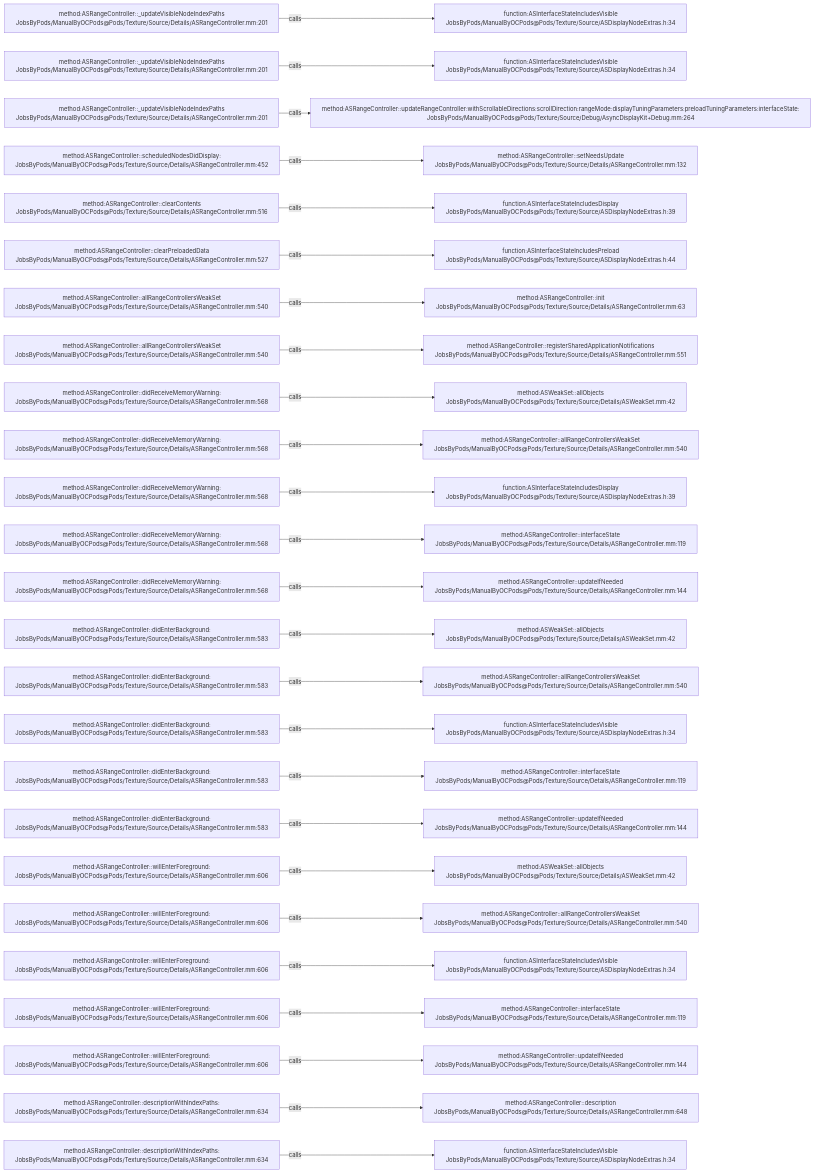
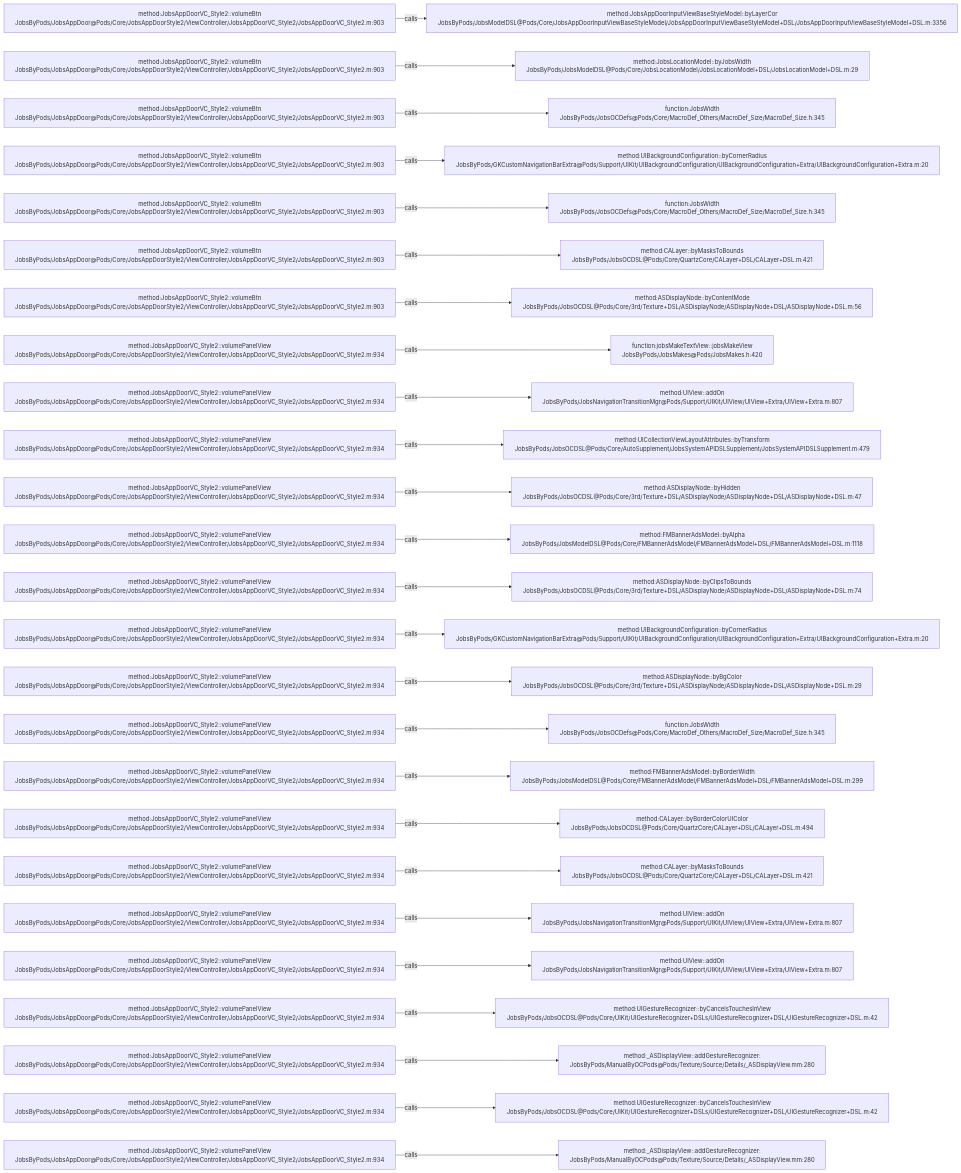
One commit to JobsKits/JobsOCBaseConfigDemo changed the diagram in .codegraph/codegraph.md/graphs/calls-148.md. Above: the diagram before and after it, drawn with Mermaid. The commit also changed 768 other files, not shown here.

````diff
--- a/.codegraph/codegraph.md/graphs/calls-148.md
+++ b/.codegraph/codegraph.md/graphs/calls-148.md
@@ -13,78 +13,78 @@
 ```mermaid
 flowchart LR
-  S1["method:ASRangeController::_updateVisibleNodeIndexPaths<br/>JobsByPods/ManualByOCPods@Pods/Texture/Source/Details/ASRangeController.mm:201"]
-  T1["function:ASInterfaceStateIncludesVisible<br/>JobsByPods/ManualByOCPods@Pods/Texture/Source/ASDisplayNodeExtras.h:34"]
+  S1["method:JobsAppDoorVC_Style2::volumeBtn<br/>JobsByPods/JobsAppDoor@Pods/Core/JobsAppDoorStyle2/ViewController/JobsAppDoorVC_Style2/JobsAppDoorVC_Style2.m:903"]
+  T1["method:JobsAppDoorInputViewBaseStyleModel::byLayerCor<br/>JobsByPods/JobsModelDSL@Pods/Core/JobsAppDoorInputViewBaseStyleModel/JobsAppDoorInputViewBaseStyleModel+DSL/JobsAppDoorInputViewBaseStyleModel+DSL.m:3356"]
   S1 -->|calls| T1
-  S2["method:ASRangeController::_updateVisibleNodeIndexPaths<br/>JobsByPods/ManualByOCPods@Pods/Texture/Source/Details/ASRangeController.mm:201"]
-  T2["function:ASInterfaceStateIncludesVisible<br/>JobsByPods/ManualByOCPods@Pods/Texture/Source/ASDisplayNodeExtras.h:34"]
+  S2["method:JobsAppDoorVC_Style2::volumeBtn<br/>JobsByPods/JobsAppDoor@Pods/Core/JobsAppDoorStyle2/ViewController/JobsAppDoorVC_Style2/JobsAppDoorVC_Style2.m:903"]
+  T2["method:JobsLocationModel::byJobsWidth<br/>JobsByPods/JobsModelDSL@Pods/Core/JobsLocationModel/JobsLocationModel+DSL/JobsLocationModel+DSL.m:29"]
   S2 -->|calls| T2
-  S3["method:ASRangeController::_updateVisibleNodeIndexPaths<br/>JobsByPods/ManualByOCPods@Pods/Texture/Source/Details/ASRangeController.mm:201"]
-  T3["method:ASRangeController::updateRangeController:withScrollableDirections:scrollDirection:rangeMode:displayTuningParameters:preloadTuningParameters:interfaceState:<br/>JobsByPods/ManualByOCPods@Pods/Texture/Source/Debug/AsyncDisplayKit+Debug.mm:264"]
+  S3["method:JobsAppDoorVC_Style2::volumeBtn<br/>JobsByPods/JobsAppDoor@Pods/Core/JobsAppDoorStyle2/ViewController/JobsAppDoorVC_Style2/JobsAppDoorVC_Style2.m:903"]
+  T3["function:JobsWidth<br/>JobsByPods/JobsOCDefs@Pods/Core/MacroDef_Others/MacroDef_Size/MacroDef_Size.h:345"]
   S3 -->|calls| T3
-  S4["method:ASRangeController::scheduledNodesDidDisplay:<br/>JobsByPods/ManualByOCPods@Pods/Texture/Source/Details/ASRangeController.mm:452"]
-  T4["method:ASRangeController::setNeedsUpdate<br/>JobsByPods/ManualByOCPods@Pods/Texture/Source/Details/ASRangeController.mm:132"]
+  S4["method:JobsAppDoorVC_Style2::volumeBtn<br/>JobsByPods/JobsAppDoor@Pods/Core/JobsAppDoorStyle2/ViewController/JobsAppDoorVC_Style2/JobsAppDoorVC_Style2.m:903"]
+  T4["method:UIBackgroundConfiguration::byCornerRadius<br/>JobsByPods/GKCustomNavigationBarExtra@Pods/Support/UIKit/UIBackgroundConfiguration/UIBackgroundConfiguration+Extra/UIBackgroundConfiguration+Extra.m:20"]
   S4 -->|calls| T4
-  S5["method:ASRangeController::clearContents<br/>JobsByPods/ManualByOCPods@Pods/Texture/Source/Details/ASRangeController.mm:516"]
-  T5["function:ASInterfaceStateIncludesDisplay<br/>JobsByPods/ManualByOCPods@Pods/Texture/Source/ASDisplayNodeExtras.h:39"]
+  S5["method:JobsAppDoorVC_Style2::volumeBtn<br/>JobsByPods/JobsAppDoor@Pods/Core/JobsAppDoorStyle2/ViewController/JobsAppDoorVC_Style2/JobsAppDoorVC_Style2.m:903"]
+  T5["function:JobsWidth<br/>JobsByPods/JobsOCDefs@Pods/Core/MacroDef_Others/MacroDef_Size/MacroDef_Size.h:345"]
   S5 -->|calls| T5
-  S6["method:ASRangeController::clearPreloadedData<br/>JobsByPods/ManualByOCPods@Pods/Texture/Source/Details/ASRangeController.mm:527"]
-  T6["function:ASInterfaceStateIncludesPreload<br/>JobsByPods/ManualByOCPods@Pods/Texture/Source/ASDisplayNodeExtras.h:44"]
+  S6["method:JobsAppDoorVC_Style2::volumeBtn<br/>JobsByPods/JobsAppDoor@Pods/Core/JobsAppDoorStyle2/ViewController/JobsAppDoorVC_Style2/JobsAppDoorVC_Style2.m:903"]
+  T6["method:CALayer::byMasksToBounds<br/>JobsByPods/JobsOCDSL@Pods/Core/QuartzCore/CALayer+DSL/CALayer+DSL.m:421"]
   S6 -->|calls| T6
-  S7["method:ASRangeController::allRangeControllersWeakSet<br/>JobsByPods/ManualByOCPods@Pods/Texture/Source/Details/ASRangeController.mm:540"]
-  T7["method:ASRangeController::init<br/>JobsByPods/ManualByOCPods@Pods/Texture/Source/Details/ASRangeController.mm:63"]
+  S7["method:JobsAppDoorVC_Style2::volumeBtn<br/>JobsByPods/JobsAppDoor@Pods/Core/JobsAppDoorStyle2/ViewController/JobsAppDoorVC_Style2/JobsAppDoorVC_Style2.m:903"]
+  T7["method:ASDisplayNode::byContentMode<br/>JobsByPods/JobsOCDSL@Pods/Core/3rd/Texture+DSL/ASDisplayNode/ASDisplayNode+DSL/ASDisplayNode+DSL.m:56"]
   S7 -->|calls| T7
-  S8["method:ASRangeController::allRangeControllersWeakSet<br/>JobsByPods/ManualByOCPods@Pods/Texture/Source/Details/ASRangeController.mm:540"]
-  T8["method:ASRangeController::registerSharedApplicationNotifications<br/>JobsByPods/ManualByOCPods@Pods/Texture/Source/Details/ASRangeController.mm:551"]
+  S8["method:JobsAppDoorVC_Style2::volumePanelView<br/>JobsByPods/JobsAppDoor@Pods/Core/JobsAppDoorStyle2/ViewController/JobsAppDoorVC_Style2/JobsAppDoorVC_Style2.m:934"]
+  T8["function:jobsMakeTextView::jobsMakeView<br/>JobsByPods/JobsMakes@Pods/JobsMakes.h:420"]
   S8 -->|calls| T8
-  S9["method:ASRangeController::didReceiveMemoryWarning:<br/>JobsByPods/ManualByOCPods@Pods/Texture/Source/Details/ASRangeController.mm:568"]
-  T9["method:ASWeakSet::allObjects<br/>JobsByPods/ManualByOCPods@Pods/Texture/Source/Details/ASWeakSet.mm:42"]
+  S9["method:JobsAppDoorVC_Style2::volumePanelView<br/>JobsByPods/JobsAppDoor@Pods/Core/JobsAppDoorStyle2/ViewController/JobsAppDoorVC_Style2/JobsAppDoorVC_Style2.m:934"]
+  T9["method:UIView::addOn<br/>JobsByPods/JobsNavigationTransitionMgr@Pods/Support/UIKit/UIView/UIView+Extra/UIView+Extra.m:807"]
   S9 -->|calls| T9
-  S10["method:ASRangeController::didReceiveMemoryWarning:<br/>JobsByPods/ManualByOCPods@Pods/Texture/Source/Details/ASRangeController.mm:568"]
-  T10["method:ASRangeController::allRangeControllersWeakSet<br/>JobsByPods/ManualByOCPods@Pods/Texture/Source/Details/ASRangeController.mm:540"]
+  S10["method:JobsAppDoorVC_Style2::volumePanelView<br/>JobsByPods/JobsAppDoor@Pods/Core/JobsAppDoorStyle2/ViewController/JobsAppDoorVC_Style2/JobsAppDoorVC_Style2.m:934"]
+  T10["method:UICollectionViewLayoutAttributes::byTransform<br/>JobsByPods/JobsOCDSL@Pods/Core/AutoSupplement/JobsSystemAPIDSLSupplement/JobsSystemAPIDSLSupplement.m:479"]
   S10 -->|calls| T10
-  S11["method:ASRangeController::didReceiveMemoryWarning:<br/>JobsByPods/ManualByOCPods@Pods/Texture/Source/Details/ASRangeController.mm:568"]
-  T11["function:ASInterfaceStateIncludesDisplay<br/>JobsByPods/ManualByOCPods@Pods/Texture/Source/ASDisplayNodeExtras.h:39"]
+  S11["method:JobsAppDoorVC_Style2::volumePanelView<br/>JobsByPods/JobsAppDoor@Pods/Core/JobsAppDoorStyle2/ViewController/JobsAppDoorVC_Style2/JobsAppDoorVC_Style2.m:934"]
+  T11["method:ASDisplayNode::byHidden<br/>JobsByPods/JobsOCDSL@Pods/Core/3rd/Texture+DSL/ASDisplayNode/ASDisplayNode+DSL/ASDisplayNode+DSL.m:47"]
   S11 -->|calls| T11
-  S12["method:ASRangeController::didReceiveMemoryWarning:<br/>JobsByPods/ManualByOCPods@Pods/Texture/Source/Details/ASRangeController.mm:568"]
-  T12["method:ASRangeController::interfaceState<br/>JobsByPods/ManualByOCPods@Pods/Texture/Source/Details/ASRangeController.mm:119"]
+  S12["method:JobsAppDoorVC_Style2::volumePanelView<br/>JobsByPods/JobsAppDoor@Pods/Core/JobsAppDoorStyle2/ViewController/JobsAppDoorVC_Style2/JobsAppDoorVC_Style2.m:934"]
+  T12["method:FMBannerAdsModel::byAlpha<br/>JobsByPods/JobsModelDSL@Pods/Core/FMBannerAdsModel/FMBannerAdsModel+DSL/FMBannerAdsModel+DSL.m:1118"]
   S12 -->|calls| T12
-  S13["method:ASRangeController::didReceiveMemoryWarning:<br/>JobsByPods/ManualByOCPods@Pods/Texture/Source/Details/ASRangeController.mm:568"]
-  T13["method:ASRangeController::updateIfNeeded<br/>JobsByPods/ManualByOCPods@Pods/Texture/Source/Details/ASRangeController.mm:144"]
+  S13["method:JobsAppDoorVC_Style2::volumePanelView<br/>JobsByPods/JobsAppDoor@Pods/Core/JobsAppDoorStyle2/ViewController/JobsAppDoorVC_Style2/JobsAppDoorVC_Style2.m:934"]
+  T13["method:ASDisplayNode::byClipsToBounds<br/>JobsByPods/JobsOCDSL@Pods/Core/3rd/Texture+DSL/ASDisplayNode/ASDisplayNode+DSL/ASDisplayNode+DSL.m:74"]
   S13 -->|calls| T13
-  S14["method:ASRangeController::didEnterBackground:<br/>JobsByPods/ManualByOCPods@Pods/Texture/Source/Details/ASRangeController.mm:583"]
-  T14["method:ASWeakSet::allObjects<br/>JobsByPods/ManualByOCPods@Pods/Texture/Source/Details/ASWeakSet.mm:42"]
+  S14["method:JobsAppDoorVC_Style2::volumePanelView<br/>JobsByPods/JobsAppDoor@Pods/Core/JobsAppDoorStyle2/ViewController/JobsAppDoorVC_Style2/JobsAppDoorVC_Style2.m:934"]
+  T14["method:UIBackgroundConfiguration::byCornerRadius<br/>JobsByPods/GKCustomNavigationBarExtra@Pods/Support/UIKit/UIBackgroundConfiguration/UIBackgroundConfiguration+Extra/UIBackgroundConfiguration+Extra.m:20"]
   S14 -->|calls| T14
-  S15["method:ASRangeController::didEnterBackground:<br/>JobsByPods/ManualByOCPods@Pods/Texture/Source/Details/ASRangeController.mm:583"]
-  T15["method:ASRangeController::allRangeControllersWeakSet<br/>JobsByPods/ManualByOCPods@Pods/Texture/Source/Details/ASRangeController.mm:540"]
+  S15["method:JobsAppDoorVC_Style2::volumePanelView<br/>JobsByPods/JobsAppDoor@Pods/Core/JobsAppDoorStyle2/ViewController/JobsAppDoorVC_Style2/JobsAppDoorVC_Style2.m:934"]
+  T15["method:ASDisplayNode::byBgColor<br/>JobsByPods/JobsOCDSL@Pods/Core/3rd/Texture+DSL/ASDisplayNode/ASDisplayNode+DSL/ASDisplayNode+DSL.m:29"]
   S15 -->|calls| T15
-  S16["method:ASRangeController::didEnterBackground:<br/>JobsByPods/ManualByOCPods@Pods/Texture/Source/Details/ASRangeController.mm:583"]
-  T16["function:ASInterfaceStateIncludesVisible<br/>JobsByPods/ManualByOCPods@Pods/Texture/Source/ASDisplayNodeExtras.h:34"]
+  S16["method:JobsAppDoorVC_Style2::volumePanelView<br/>JobsByPods/JobsAppDoor@Pods/Core/JobsAppDoorStyle2/ViewController/JobsAppDoorVC_Style2/JobsAppDoorVC_Style2.m:934"]
+  T16["function:JobsWidth<br/>JobsByPods/JobsOCDefs@Pods/Core/MacroDef_Others/MacroDef_Size/MacroDef_Size.h:345"]
   S16 -->|calls| T16
-  S17["method:ASRangeController::didEnterBackground:<br/>JobsByPods/ManualByOCPods@Pods/Texture/Source/Details/ASRangeController.mm:583"]
-  T17["method:ASRangeController::interfaceState<br/>JobsByPods/ManualByOCPods@Pods/Texture/Source/Details/ASRangeController.mm:119"]
+  S17["method:JobsAppDoorVC_Style2::volumePanelView<br/>JobsByPods/JobsAppDoor@Pods/Core/JobsAppDoorStyle2/ViewController/JobsAppDoorVC_Style2/JobsAppDoorVC_Style2.m:934"]
+  T17["method:FMBannerAdsModel::byBorderWidth<br/>JobsByPods/JobsModelDSL@Pods/Core/FMBannerAdsModel/FMBannerAdsModel+DSL/FMBannerAdsModel+DSL.m:299"]
   S17 -->|calls| T17
-  S18["method:ASRangeController::didEnterBackground:<br/>JobsByPods/ManualByOCPods@Pods/Texture/Source/Details/ASRangeController.mm:583"]
-  T18["method:ASRangeController::updateIfNeeded<br/>JobsByPods/ManualByOCPods@Pods/Texture/Source/Details/ASRangeController.mm:144"]
+  S18["method:JobsAppDoorVC_Style2::volumePanelView<br/>JobsByPods/JobsAppDoor@Pods/Core/JobsAppDoorStyle2/ViewController/JobsAppDoorVC_Style2/JobsAppDoorVC_Style2.m:934"]
+  T18["method:CALayer::byBorderColorUIColor<br/>JobsByPods/JobsOCDSL@Pods/Core/QuartzCore/CALayer+DSL/CALayer+DSL.m:494"]
   S18 -->|calls| T18
-  S19["method:ASRangeController::willEnterForeground:<br/>JobsByPods/ManualByOCPods@Pods/Texture/Source/Details/ASRangeController.mm:606"]
-  T19["method:ASWeakSet::allObjects<br/>JobsByPods/ManualByOCPods@Pods/Texture/Source/Details/ASWeakSet.mm:42"]
+  S19["method:JobsAppDoorVC_Style2::volumePanelView<br/>JobsByPods/JobsAppDoor@Pods/Core/JobsAppDoorStyle2/ViewController/JobsAppDoorVC_Style2/JobsAppDoorVC_Style2.m:934"]
+  T19["method:CALayer::byMasksToBounds<br/>JobsByPods/JobsOCDSL@Pods/Core/QuartzCore/CALayer+DSL/CALayer+DSL.m:421"]
   S19 -->|calls| T19
-  S20["method:ASRangeController::willEnterForeground:<br/>JobsByPods/ManualByOCPods@Pods/Texture/Source/Details/ASRangeController.mm:606"]
-  T20["method:ASRangeController::allRangeControllersWeakSet<br/>JobsByPods/ManualByOCPods@Pods/Texture/Source/Details/ASRangeController.mm:540"]
+  S20["method:JobsAppDoorVC_Style2::volumePanelView<br/>JobsByPods/JobsAppDoor@Pods/Core/JobsAppDoorStyle2/ViewController/JobsAppDoorVC_Style2/JobsAppDoorVC_Style2.m:934"]
+  T20["method:UIView::addOn<br/>JobsByPods/JobsNavigationTransitionMgr@Pods/Support/UIKit/UIView/UIView+Extra/UIView+Extra.m:807"]
   S20 -->|calls| T20
-  S21["method:ASRangeController::willEnterForeground:<br/>JobsByPods/ManualByOCPods@Pods/Texture/Source/Details/ASRangeController.mm:606"]
-  T21["function:ASInterfaceStateIncludesVisible<br/>JobsByPods/ManualByOCPods@Pods/Texture/Source/ASDisplayNodeExtras.h:34"]
+  S21["method:JobsAppDoorVC_Style2::volumePanelView<br/>JobsByPods/JobsAppDoor@Pods/Core/JobsAppDoorStyle2/ViewController/JobsAppDoorVC_Style2/JobsAppDoorVC_Style2.m:934"]
+  T21["method:UIView::addOn<br/>JobsByPods/JobsNavigationTransitionMgr@Pods/Support/UIKit/UIView/UIView+Extra/UIView+Extra.m:807"]
   S21 -->|calls| T21
-  S22["method:ASRangeController::willEnterForeground:<br/>JobsByPods/ManualByOCPods@Pods/Texture/Source/Details/ASRangeController.mm:606"]
-  T22["method:ASRangeController::interfaceState<br/>JobsByPods/ManualByOCPods@Pods/Texture/Source/Details/ASRangeController.mm:119"]
+  S22["method:JobsAppDoorVC_Style2::volumePanelView<br/>JobsByPods/JobsAppDoor@Pods/Core/JobsAppDoorStyle2/ViewController/JobsAppDoorVC_Style2/JobsAppDoorVC_Style2.m:934"]
+  T22["method:UIGestureRecognizer::byCancelsTouchesInView<br/>JobsByPods/JobsOCDSL@Pods/Core/UIKit/UIGestureRecognizer+DSLs/UIGestureRecognizer+DSL/UIGestureRecognizer+DSL.m:42"]
   S22 -->|calls| T22
-  S23["method:ASRangeController::willEnterForeground:<br/>JobsByPods/ManualByOCPods@Pods/Texture/Source/Details/ASRangeController.mm:606"]
-  T23["method:ASRangeController::updateIfNeeded<br/>JobsByPods/ManualByOCPods@Pods/Texture/Source/Details/ASRangeController.mm:144"]
+  S23["method:JobsAppDoorVC_Style2::volumePanelView<br/>JobsByPods/JobsAppDoor@Pods/Core/JobsAppDoorStyle2/ViewController/JobsAppDoorVC_Style2/JobsAppDoorVC_Style2.m:934"]
+  T23["method:_ASDisplayView::addGestureRecognizer:<br/>JobsByPods/ManualByOCPods@Pods/Texture/Source/Details/_ASDisplayView.mm:280"]
   S23 -->|calls| T23
-  S24["method:ASRangeController::descriptionWithIndexPaths:<br/>JobsByPods/ManualByOCPods@Pods/Texture/Source/Details/ASRangeController.mm:634"]
-  T24["method:ASRangeController::description<br/>JobsByPods/ManualByOCPods@Pods/Texture/Source/Details/ASRangeController.mm:648"]
+  S24["method:JobsAppDoorVC_Style2::volumePanelView<br/>JobsByPods/JobsAppDoor@Pods/Core/JobsAppDoorStyle2/ViewController/JobsAppDoorVC_Style2/JobsAppDoorVC_Style2.m:934"]
+  T24["method:UIGestureRecognizer::byCancelsTouchesInView<br/>JobsByPods/JobsOCDSL@Pods/Core/UIKit/UIGestureRecognizer+DSLs/UIGestureRecognizer+DSL/UIGestureRecognizer+DSL.m:42"]
   S24 -->|calls| T24
-  S25["method:ASRangeController::descriptionWithIndexPaths:<br/>JobsByPods/ManualByOCPods@Pods/Texture/Source/Details/ASRangeController.mm:634"]
-  T25["function:ASInterfaceStateIncludesVisible<br/>JobsByPods/ManualByOCPods@Pods/Texture/Source/ASDisplayNodeExtras.h:34"]
+  S25["method:JobsAppDoorVC_Style2::volumePanelView<br/>JobsByPods/JobsAppDoor@Pods/Core/JobsAppDoorStyle2/ViewController/JobsAppDoorVC_Style2/JobsAppDoorVC_Style2.m:934"]
+  T25["method:_ASDisplayView::addGestureRecognizer:<br/>JobsByPods/ManualByOCPods@Pods/Texture/Source/Details/_ASDisplayView.mm:280"]
   S25 -->|calls| T25
 ```
````
